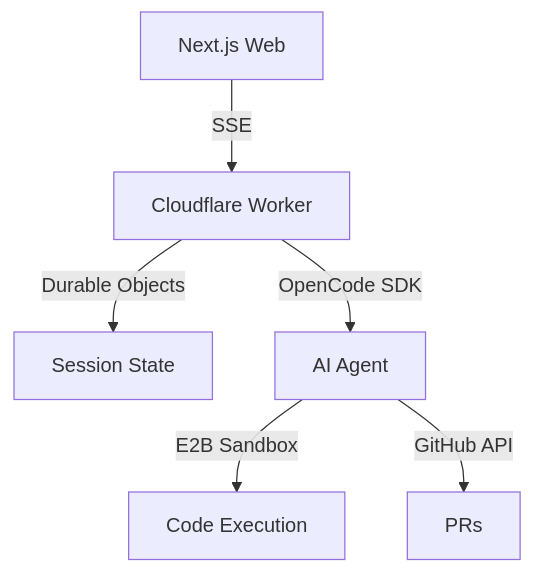
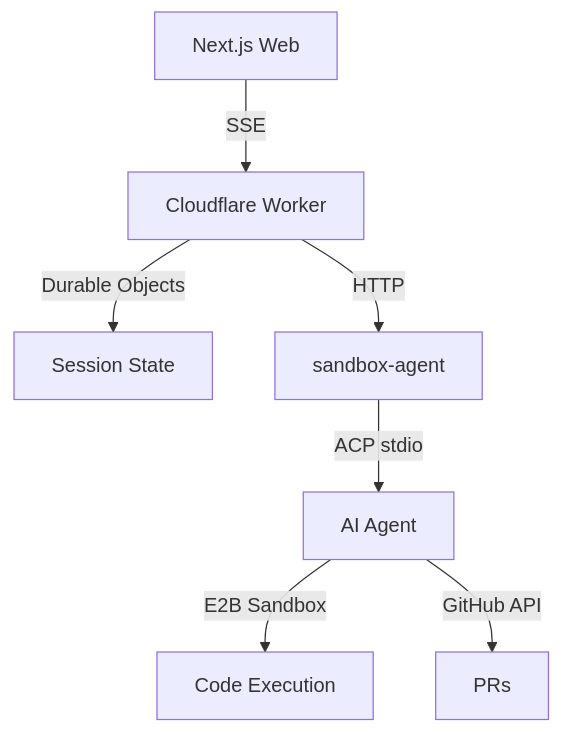
One commit to adhyaay-karnwal/ship changed the diagram in README.md. Above: the diagram before and after it, drawn with Mermaid. The commit also changed other lines of this file and 7 other files, not shown here.

````diff
--- a/README.md
+++ b/README.md
@@ -167,8 +169,9 @@
 ```mermaid
 graph TD
     A[Next.js Web] -->|SSE| B[Cloudflare Worker]
     B -->|Durable Objects| C[Session State]
-    B -->|OpenCode SDK| D[AI Agent]
-    D -->|E2B Sandbox| E[Code Execution]
-    D -->|GitHub API| F[PRs]
+    B -->|HTTP| D[sandbox-agent]
+    D -->|ACP stdio| E[AI Agent]
+    E -->|E2B Sandbox| F[Code Execution]
+    E -->|GitHub API| G[PRs]
 ```
````
